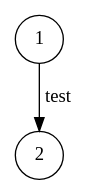
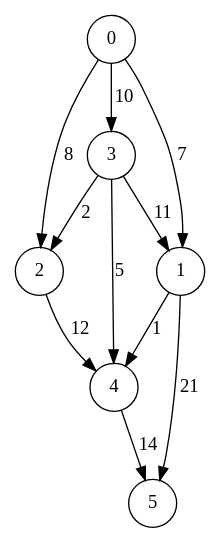
Before and after one commit to Anthony97480/ocaml-maxflow-project: the diagram in test.dot, drawn with Graphviz. The commit also changed 5 other files, not shown here.

```diff
--- a/test.dot
+++ b/test.dot
@@ -1,7 +1,13 @@
 digraph mongraph {
-
-    node [shape = circle];
-
-    1 -> 2 [label = "test"];
-
-  }
+node [shape = circle];
+4 -> 5 [label = "14"];
+1 -> 5 [label = "21"];
+1 -> 4 [label = "1"];
+3 -> 1 [label = "11"];
+3 -> 2 [label = "2"];
+3 -> 4 [label = "5"];
+2 -> 4 [label = "12"];
+0 -> 1 [label = "7"];
+0 -> 3 [label = "10"];
+0 -> 2 [label = "8"];
+}
```
